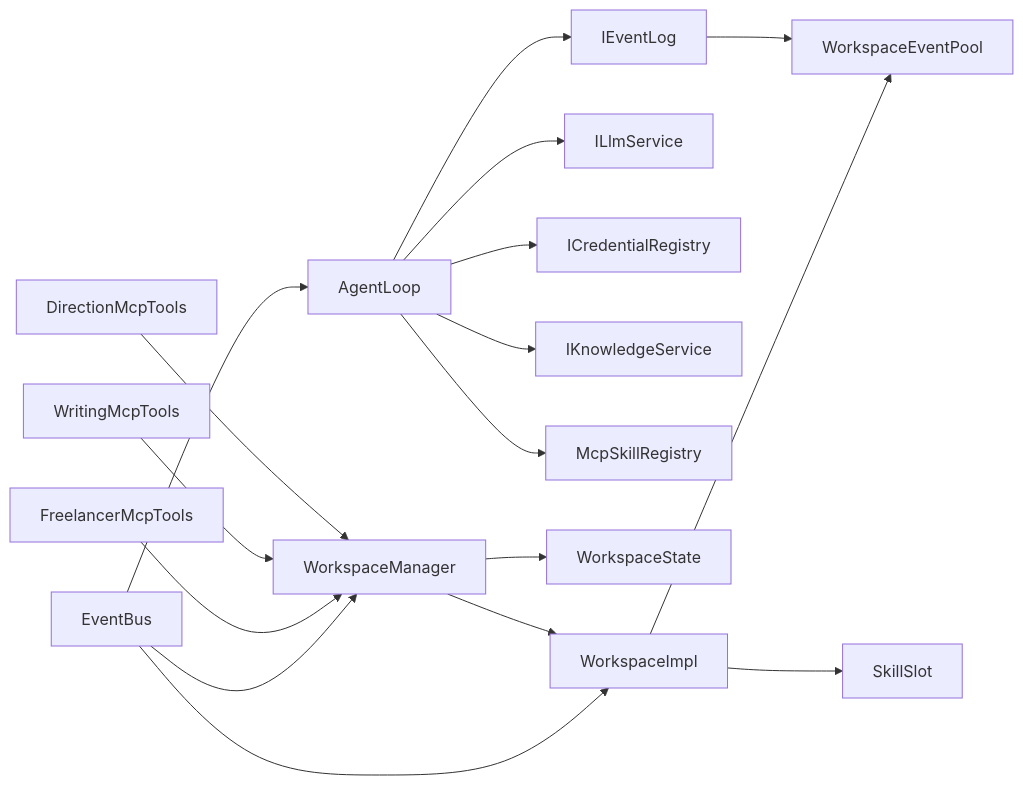
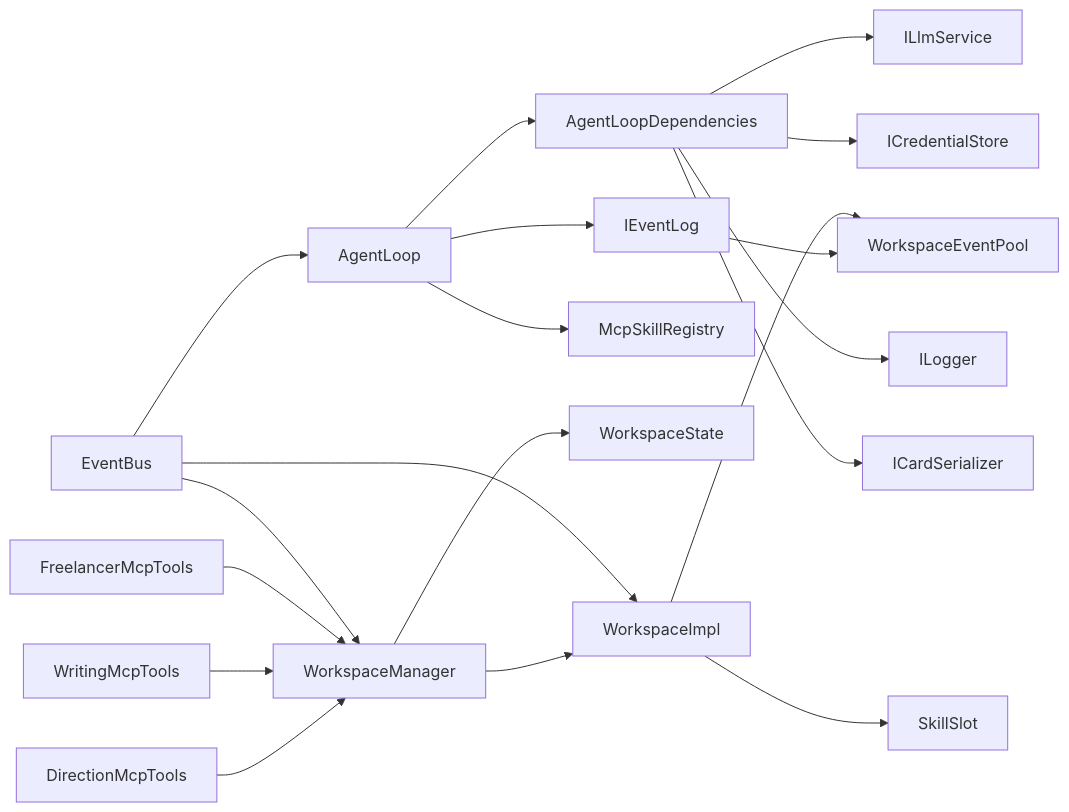
Before and after one commit to suzvka/NPCLife: the eighth of 8 diagrams in .qoder/repowiki/zh/content/多智能体系统/多智能体系统.md, drawn with Mermaid. The commit also changed other lines of this file and 28 other files, not shown here.

````diff
--- a/.qoder/repowiki/zh/content/多智能体系统/多智能体系统.md
+++ b/.qoder/repowiki/zh/content/多智能体系统/多智能体系统.md
@@ -376,19 +462,21 @@
 ```mermaid
 graph LR
 AL["AgentLoop"] --> IEL["IEventLog"]
+AL --> ALD["AgentLoopDependencies"]
+ALD --> LLM["ILlmService"]
+ALD --> CR["ICredentialStore"]
+ALD --> LOG["ILogger"]
+ALD --> SER["ICardSerializer"]
 IEL --> WEP["WorkspaceEventPool"]
-AL --> LLM["ILlmService"]
-AL --> CR["ICredentialRegistry"]
-AL --> KS["IKnowledgeService"]
 AL --> MSK["McpSkillRegistry"]
 WM["WorkspaceManager"] --> WS["WorkspaceState"]
 WM --> WI["WorkspaceImpl"]
 WI --> WEP
 WI --> SL["SkillSlot"]
 DIR["DirectionMcpTools"] --> WM
 SCR["WritingMcpTools"] --> WM
 FRE["FreelancerMcpTools"] --> WM
 EB["EventBus"] --> AL
 EB --> WM
 EB --> WI
 ```
````
